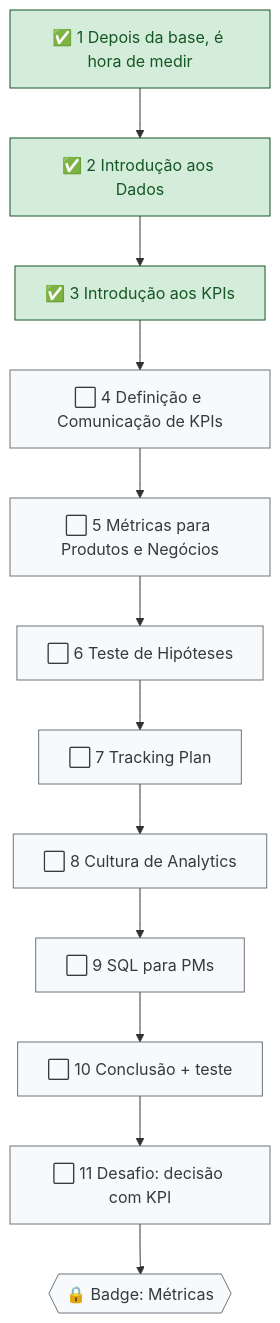
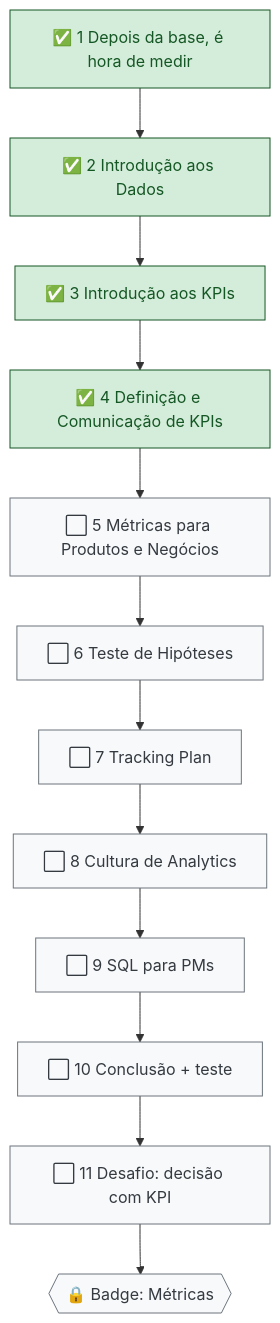
Before and after one commit to letsprown-code/po-learning-journal: the third of 3 diagrams in mapa-de-estudos.md, drawn with Mermaid. The commit also changed other lines of this file and 3 other files, not shown here.

First line of the commit message:
DPL 02 aula 4: Definição e Comunicação de KPIs (nota, glossário, mapa)

```diff
--- a/mapa-de-estudos.md
+++ b/mapa-de-estudos.md
@@ -104,12 +104,12 @@
 ~~~mermaid
 flowchart TD
     N1["✅ 1 Depois da base, é hora de medir"] --> N2["✅ 2 Introdução aos Dados"] --> N3["✅ 3 Introdução aos KPIs"]
-    N3 --> N4["⬜ 4 Definição e Comunicação de KPIs"] --> N5["⬜ 5 Métricas para Produtos e Negócios"] --> N6["⬜ 6 Teste de Hipóteses"]
+    N3 --> N4["✅ 4 Definição e Comunicação de KPIs"] --> N5["⬜ 5 Métricas para Produtos e Negócios"] --> N6["⬜ 6 Teste de Hipóteses"]
     N6 --> N7["⬜ 7 Tracking Plan"] --> N8["⬜ 8 Cultura de Analytics"] --> N9["⬜ 9 SQL para PMs"]
     N9 --> N10["⬜ 10 Conclusão + teste"] --> N11["⬜ 11 Desafio: decisão com KPI"]
     N11 --> B2{{"🔒 Badge: Métricas"}}
     classDef done fill:#d4edda,stroke:#155724,color:#155724
     classDef todo fill:#f8f9fa,stroke:#6c757d,color:#343a40
-    class N1,N2,N3 done
-    class N4,N5,N6,N7,N8,N9,N10,N11,B2 todo
+    class N1,N2,N3,N4 done
+    class N5,N6,N7,N8,N9,N10,N11,B2 todo
 ~~~
```
